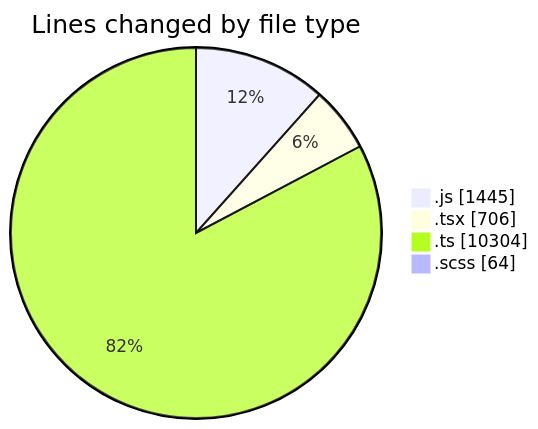
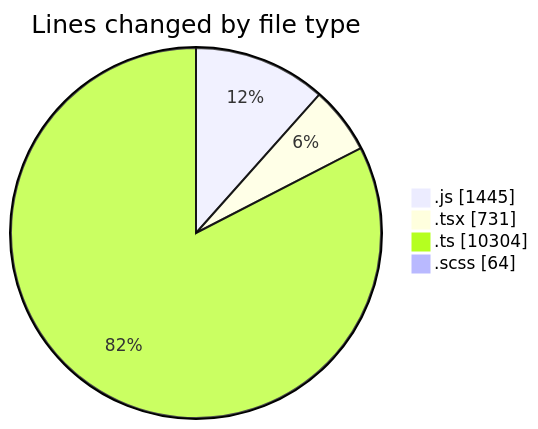
The first of 2 diagrams in 2025-03-13/cda/README.md (momahboobian/code-tracking), drawn with Mermaid before and after one commit. The commit also changed other lines of this file and 1 other file, not shown here.

````diff
--- a/2025-03-13/cda/README.md
+++ b/2025-03-13/cda/README.md
@@ -33,8 +33,8 @@
 ```mermaid
 pie showData
 title Lines changed by file type
 ".js" : 1445
-".tsx" : 706
+".tsx" : 731
 ".ts" : 10304
 ".scss" : 64
 ```
````
